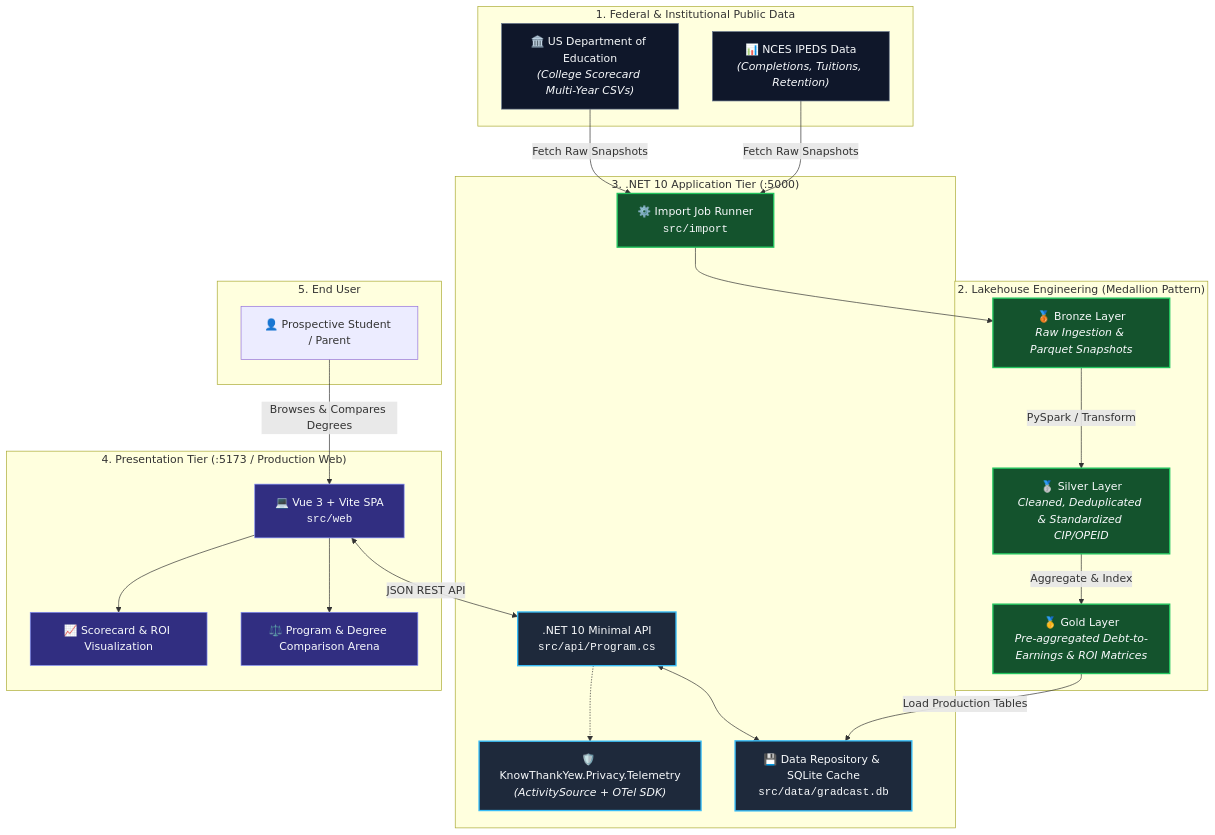
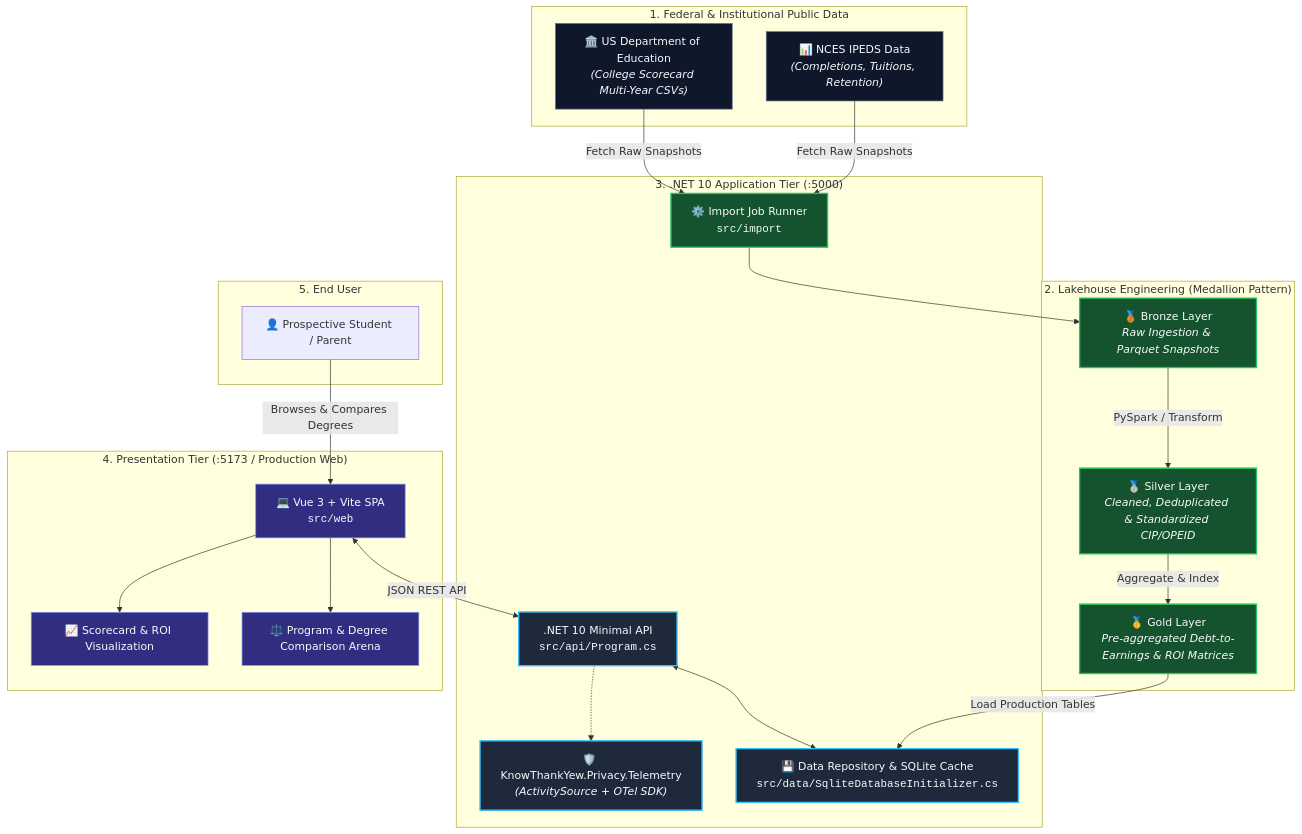
Before and after one commit to knowthankyew/gradcast: the first of 2 diagrams in docs/ARCHITECTURE.md, drawn with Mermaid. The commit also changed other lines of this file and 3 other files, not shown here.

First line of the commit message:
chore(claims): unify claims linter, CI step, and architecture diagram paths (#45)

````diff
--- a/docs/ARCHITECTURE.md
+++ b/docs/ARCHITECTURE.md
@@ -23,55 +24,55 @@
 ```mermaid
 flowchart TD
     subgraph PublicDataSources["1. Federal & Institutional Public Data"]
         DeptEd["🏛️ US Department of Education<br/><i>(College Scorecard Multi-Year CSVs)</i>"]
         IPEDS["📊 NCES IPEDS Data<br/><i>(Completions, Tuitions, Retention)</i>"]
     end
 
     subgraph LakehousePipeline["2. Lakehouse Engineering (Medallion Pattern)"]
         Bronze["🥉 Bronze Layer<br/><i>Raw Ingestion & Parquet Snapshots</i>"]
         Silver["🥈 Silver Layer<br/><i>Cleaned, Deduplicated & Standardized CIP/OPEID</i>"]
         Gold["🥇 Gold Layer<br/><i>Pre-aggregated Debt-to-Earnings & ROI Matrices</i>"]
     end
 
     subgraph BackendAPI["3. .NET 10 Application Tier (:5000)"]
         Importer["⚙️ Import Job Runner<br/><code>src/import</code>"]
         NetAPI[".NET 10 Minimal API<br/><code>src/api/Program.cs</code>"]
-        DataLayer["💾 Data Repository & SQLite Cache<br/><code>src/data/gradcast.db</code>"]
+        DataLayer["💾 Data Repository & SQLite Cache<br/><code>src/data/SqliteDatabaseInitializer.cs</code>"]
         Telemetry["🛡️ KnowThankYew.Privacy.Telemetry<br/><i>(ActivitySource + OTel SDK)</i>"]
     end
 
     subgraph FrontendSPA["4. Presentation Tier (:5173 / Production Web)"]
         VueApp["💻 Vue 3 + Vite SPA<br/><code>src/web</code>"]
         CompareArena["⚖️ Program & Degree Comparison Arena"]
         ScorecardView["📈 Scorecard & ROI Visualization"]
     end
 
     subgraph Consumer["5. End User"]
         Student["👤 Prospective Student / Parent"]
     end
 
     %% Pipeline flow
     DeptEd & IPEDS -->|"Fetch Raw Snapshots"| Importer
     Importer --> Bronze
     Bronze -->|"PySpark / Transform"| Silver
     Silver -->|"Aggregate & Index"| Gold
     Gold -->|"Load Production Tables"| DataLayer
 
     %% Runtime flow
     NetAPI <--> DataLayer
     NetAPI -.-> Telemetry
     VueApp <-->|"JSON REST API"| NetAPI
     VueApp --> CompareArena & ScorecardView
 
     Student -->|"Browses & Compares Degrees"| VueApp
 
     classDef src fill:#0f172a,stroke:#64748b,stroke-width:1px,color:#f8fafc;
     classDef lake fill:#14532d,stroke:#22c55e,stroke-width:2px,color:#f8fafc;
     classDef net fill:#1e293b,stroke:#38bdf8,stroke-width:2px,color:#f8fafc;
     classDef ui fill:#312e81,stroke:#818cf8,stroke-width:1px,color:#f8fafc;
 
     class DeptEd,IPEDS src;
     class Bronze,Silver,Gold,Importer lake;
     class NetAPI,DataLayer,Telemetry net;
     class VueApp,CompareArena,ScorecardView ui;
 ```
````
